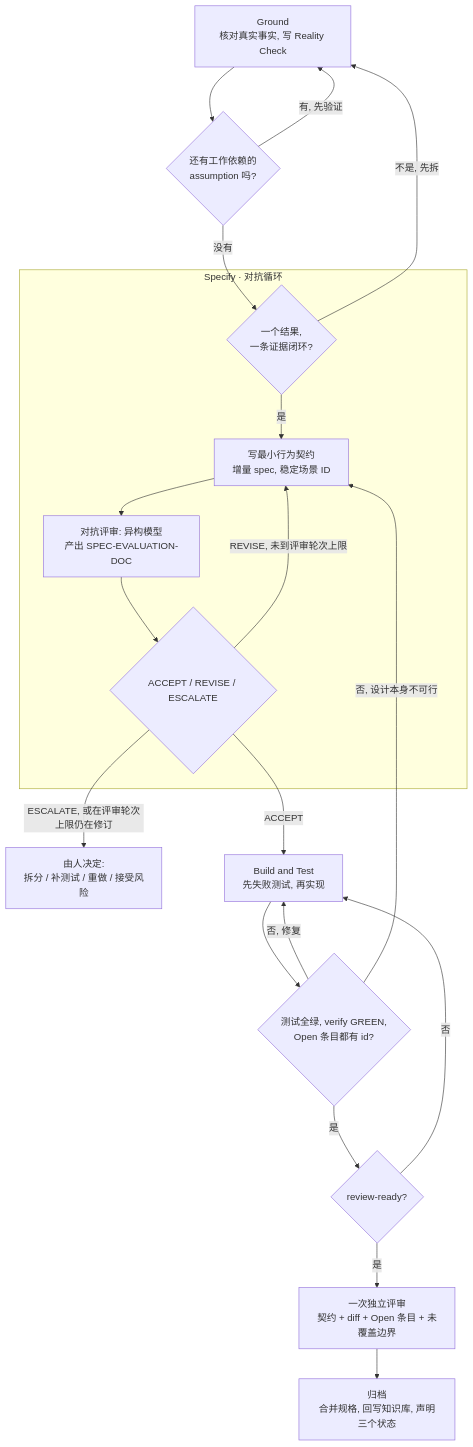
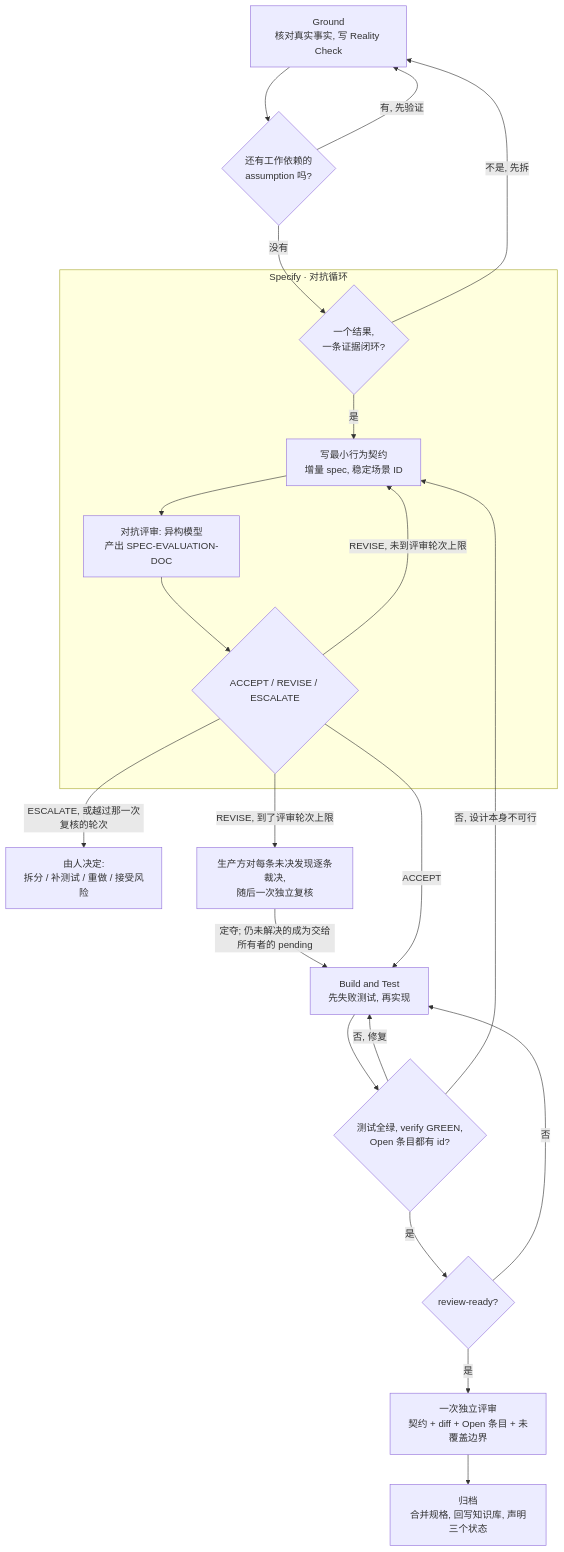
The diagram in docs/concepts_cn.md (Apriorhythm/apriori-spec-development), drawn with Mermaid before and after one commit. The commit also changed other lines of this file and 50 other files, not shown here.

````diff
--- a/docs/concepts_cn.md
+++ b/docs/concepts_cn.md
@@ -293,25 +293,27 @@
 ```mermaid
 graph TD
     B[Ground<br/>核对真实事实, 写 Reality Check]
     B --> B2{还有工作依赖的<br/>assumption 吗?}
     B2 -- 有, 先验证 --> B
     B2 -- 没有 --> C0{一个结果,<br/>一条证据闭环?}
     C0 -- 不是, 先拆 --> B
 
     subgraph S1[Specify · 对抗循环]
         C0 -- 是 --> C[写最小行为契约<br/>增量 spec, 稳定场景 ID]
         C --> D[对抗评审: 异构模型<br/>产出 SPEC-EVALUATION-DOC]
         D --> D2{ACCEPT / REVISE / ESCALATE}
         D2 -- REVISE, 未到评审轮次上限 --> C
     end
 
-    D2 -- ESCALATE, 或在评审轮次上限仍在修订 --> X[由人决定:<br/>拆分 / 补测试 / 重做 / 接受风险]
+    D2 -- ESCALATE, 或越过那一次复核的轮次 --> X[由人决定:<br/>拆分 / 补测试 / 重做 / 接受风险]
+    D2 -- REVISE, 到了评审轮次上限 --> RR[生产方对每条未决发现逐条裁决,<br/>随后一次独立复核]
+    RR -- 定夺; 仍未解决的成为交给所有者的 pending --> H
     D2 -- ACCEPT --> H[Build and Test<br/>先失败测试, 再实现]
     H --> H2{测试全绿, verify GREEN,<br/>Open 条目都有 id?}
     H2 -- 否, 修复 --> H
     H2 -- 否, 设计本身不可行 --> C
     H2 -- 是 --> R{review-ready?}
     R -- 否 --> H
     R -- 是 --> RV[一次独立评审<br/>契约 + diff + Open 条目 + 未覆盖边界]
     RV --> I[归档<br/>合并规格, 回写知识库, 声明三个状态]
 ```
````
